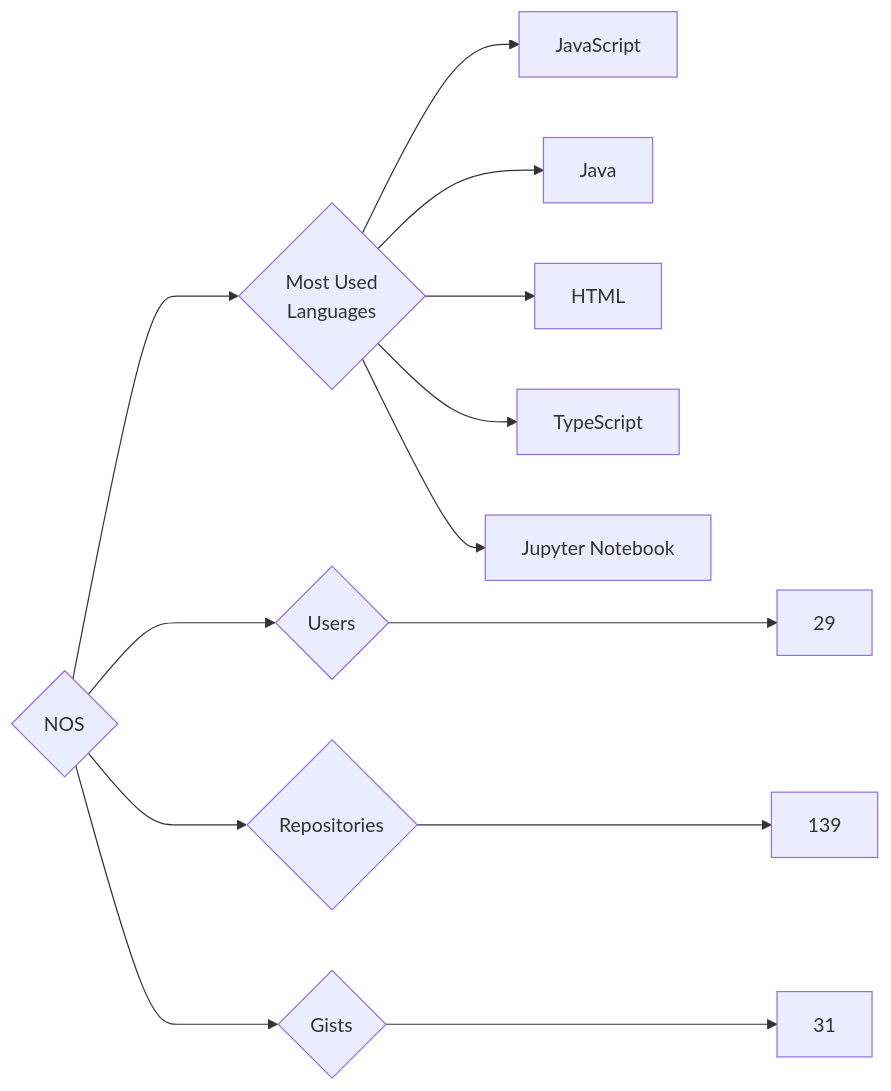
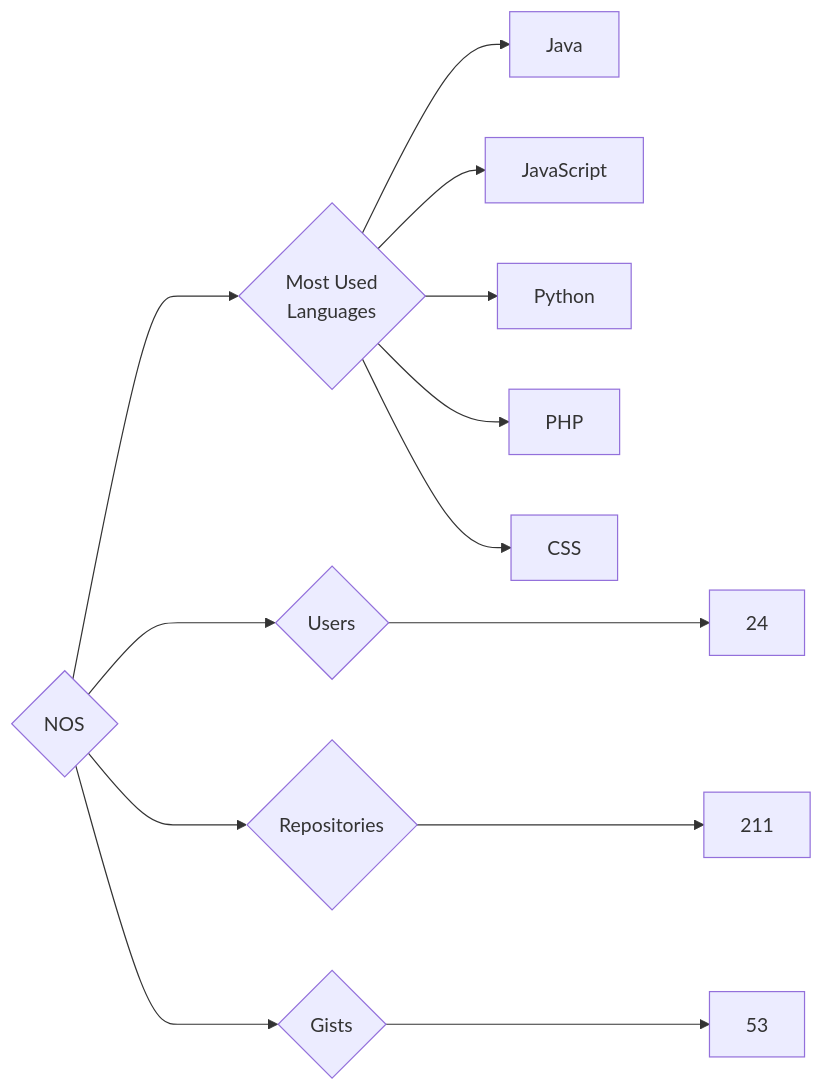
The diagram in targets/NOS/README.md (trickest/insiders), drawn with Mermaid before and after one commit. The commit also changed 1011 other files, not shown here.

````diff
--- a/targets/NOS/README.md
+++ b/targets/NOS/README.md
@@ -3,13 +3,13 @@
 ```mermaid
 graph LR
 COMPANY_NAME{NOS}
-COMPANY_NAME ---> U{Users} ---> UN[29]
-COMPANY_NAME ---> R{Repositories} ---> RN[139]
-COMPANY_NAME ---> G{Gists} ---> GN[31]
+COMPANY_NAME ---> U{Users} ---> UN[24]
+COMPANY_NAME ---> R{Repositories} ---> RN[211]
+COMPANY_NAME ---> G{Gists} ---> GN[53]
 COMPANY_NAME ---> ML{Most Used<br>Languages}
+ML --> Java[Java]
 ML --> JavaScript[JavaScript]
-ML --> Java[Java]
-ML --> HTML[HTML]
-ML --> TypeScript[TypeScript]
-ML --> Jupyter_Notebook[Jupyter Notebook]
+ML --> Python[Python]
+ML --> PHP[PHP]
+ML --> CSS[CSS]
 ```
````
